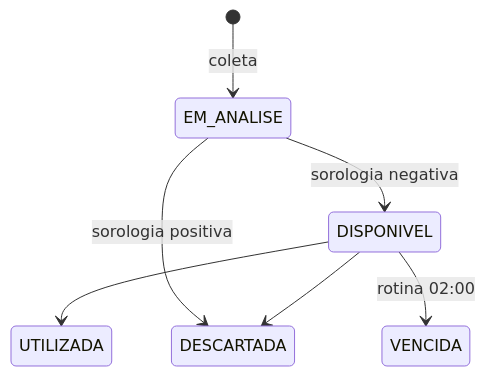
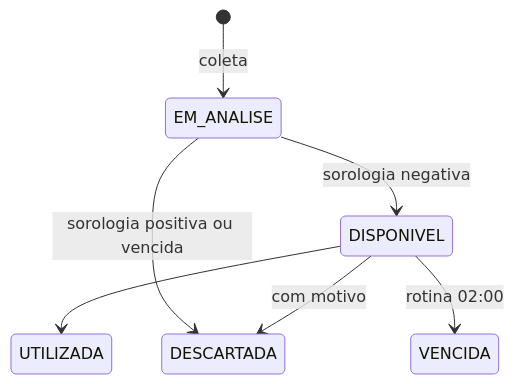
Before and after one commit to marcelopinotti/hemonorte: the third of 4 diagrams in README.md, drawn with Mermaid. The commit also changed other lines of this file and 1 other file, not shown here.

````diff
--- a/README.md
+++ b/README.md
@@ -98,9 +128,9 @@
 ```mermaid
 stateDiagram-v2
     [*] --> EM_ANALISE: coleta
     EM_ANALISE --> DISPONIVEL: sorologia negativa
-    EM_ANALISE --> DESCARTADA: sorologia positiva
+    EM_ANALISE --> DESCARTADA: sorologia positiva ou vencida
     DISPONIVEL --> UTILIZADA
-    DISPONIVEL --> DESCARTADA
+    DISPONIVEL --> DESCARTADA: com motivo
     DISPONIVEL --> VENCIDA: rotina 02:00
 ```
````
